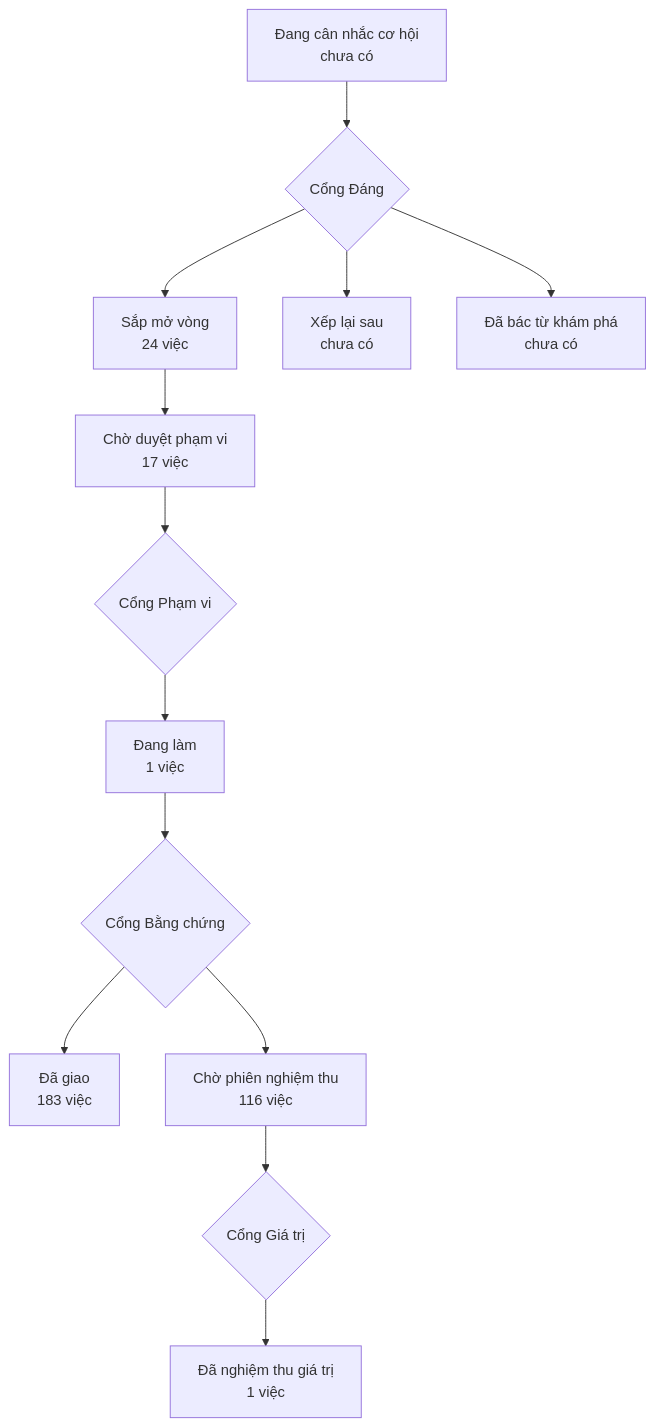
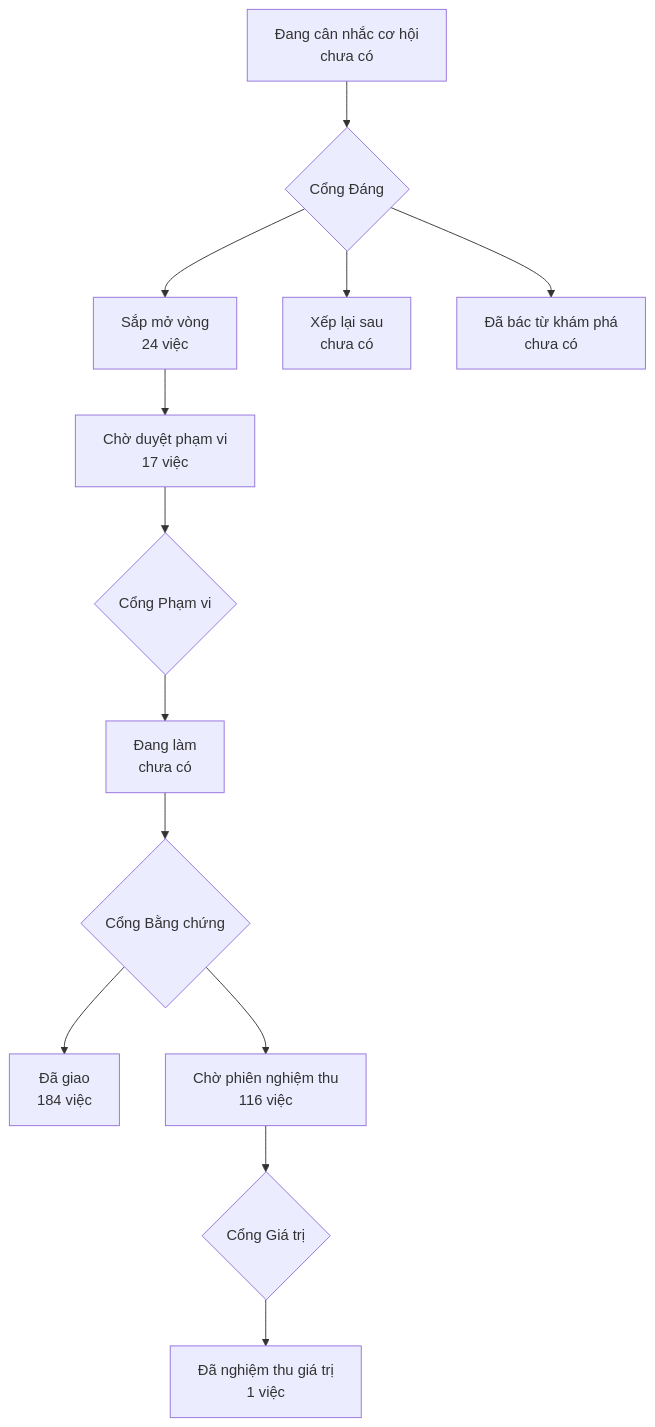
Before and after one commit to phanlemanh/onehub-invest: the diagram in PRODUCT-MAP.md, drawn with Mermaid. The commit also changed other lines of this file and 4 other files, not shown here.

````diff
--- a/PRODUCT-MAP.md
+++ b/PRODUCT-MAP.md
@@ -7,12 +7,12 @@
 ```mermaid
 flowchart TD
   A["Đang cân nhắc cơ hội<br/>chưa có"] --> GD{"Cổng Đáng"}
   GD --> B["Sắp mở vòng<br/>24 việc"]
   GD --> XL["Xếp lại sau<br/>chưa có"]
   GD --> DB["Đã bác từ khám phá<br/>chưa có"]
   B --> CD["Chờ duyệt phạm vi<br/>17 việc"] --> GP{"Cổng Phạm vi"}
-  GP --> DL["Đang làm<br/>1 việc"] --> GB{"Cổng Bằng chứng"}
-  GB --> DG["Đã giao<br/>183 việc"]
+  GP --> DL["Đang làm<br/>chưa có"] --> GB{"Cổng Bằng chứng"}
+  GB --> DG["Đã giao<br/>184 việc"]
   GB --> CN["Chờ phiên nghiệm thu<br/>116 việc"] --> GG{"Cổng Giá trị"}
   GG --> NT["Đã nghiệm thu giá trị<br/>1 việc"]
 ```
````
